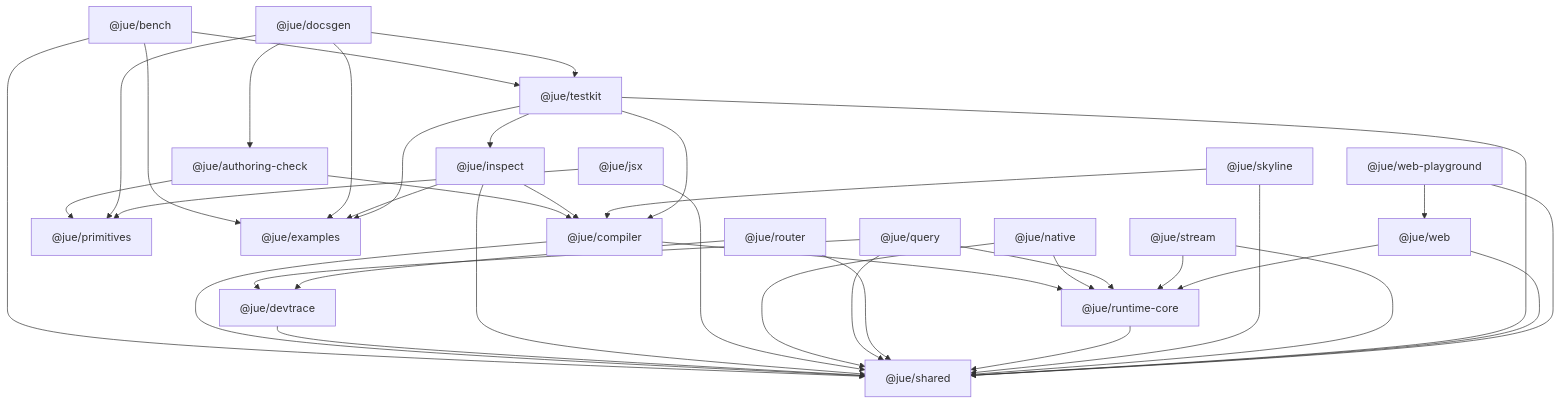
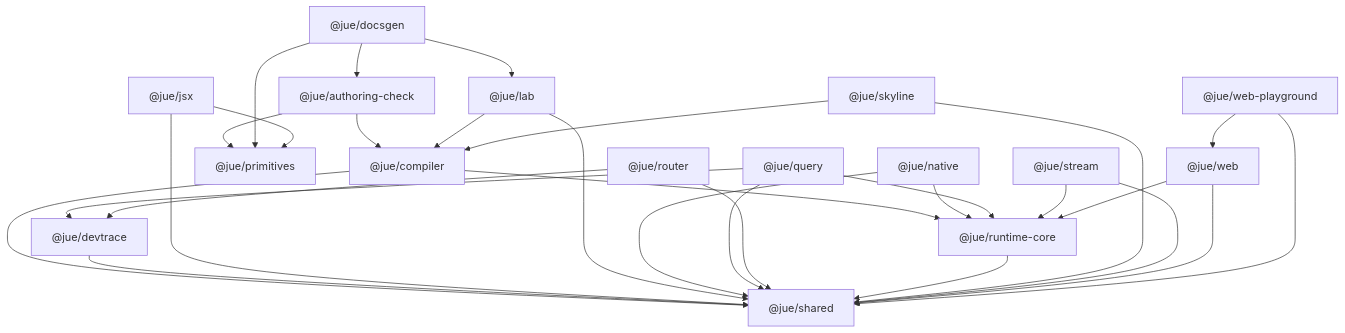
Before and after one commit to nyml2003/jue: the diagram in docs/30-engineering/05-monorepo-dependency-report.md, drawn with Mermaid. The commit also changed other lines of this file and 57 other files, not shown here.

First line of the commit message:
refactor: consolidate tooling into @jue/lab and @jue/docsgen

````diff
--- a/docs/30-engineering/05-monorepo-dependency-report.md
+++ b/docs/30-engineering/05-monorepo-dependency-report.md
@@ -124,40 +109,31 @@
 ```mermaid
 graph TD
   _jue_authoring_check["@jue/authoring-check"] --> _jue_compiler["@jue/compiler"]
   _jue_authoring_check["@jue/authoring-check"] --> _jue_primitives["@jue/primitives"]
-  _jue_bench["@jue/bench"] --> _jue_examples["@jue/examples"]
-  _jue_bench["@jue/bench"] --> _jue_shared["@jue/shared"]
-  _jue_bench["@jue/bench"] --> _jue_testkit["@jue/testkit"]
   _jue_compiler["@jue/compiler"] --> _jue_runtime_core["@jue/runtime-core"]
   _jue_compiler["@jue/compiler"] --> _jue_shared["@jue/shared"]
   _jue_devtrace["@jue/devtrace"] --> _jue_shared["@jue/shared"]
   _jue_docsgen["@jue/docsgen"] --> _jue_authoring_check["@jue/authoring-check"]
-  _jue_docsgen["@jue/docsgen"] --> _jue_examples["@jue/examples"]
+  _jue_docsgen["@jue/docsgen"] --> _jue_lab["@jue/lab"]
   _jue_docsgen["@jue/docsgen"] --> _jue_primitives["@jue/primitives"]
-  _jue_docsgen["@jue/docsgen"] --> _jue_testkit["@jue/testkit"]
-  _jue_inspect["@jue/inspect"] --> _jue_compiler["@jue/compiler"]
-  _jue_inspect["@jue/inspect"] --> _jue_examples["@jue/examples"]
-  _jue_inspect["@jue/inspect"] --> _jue_shared["@jue/shared"]
   _jue_jsx["@jue/jsx"] --> _jue_primitives["@jue/primitives"]
   _jue_jsx["@jue/jsx"] --> _jue_shared["@jue/shared"]
+  _jue_lab["@jue/lab"] --> _jue_compiler["@jue/compiler"]
+  _jue_lab["@jue/lab"] --> _jue_shared["@jue/shared"]
   _jue_native["@jue/native"] --> _jue_runtime_core["@jue/runtime-core"]
   _jue_native["@jue/native"] --> _jue_shared["@jue/shared"]
   _jue_query["@jue/query"] --> _jue_devtrace["@jue/devtrace"]
   _jue_query["@jue/query"] --> _jue_runtime_core["@jue/runtime-core"]
   _jue_query["@jue/query"] --> _jue_shared["@jue/shared"]
   _jue_router["@jue/router"] --> _jue_devtrace["@jue/devtrace"]
   _jue_router["@jue/router"] --> _jue_shared["@jue/shared"]
   _jue_runtime_core["@jue/runtime-core"] --> _jue_shared["@jue/shared"]
   _jue_skyline["@jue/skyline"] --> _jue_compiler["@jue/compiler"]
   _jue_skyline["@jue/skyline"] --> _jue_shared["@jue/shared"]
   _jue_stream["@jue/stream"] --> _jue_runtime_core["@jue/runtime-core"]
   _jue_stream["@jue/stream"] --> _jue_shared["@jue/shared"]
-  _jue_testkit["@jue/testkit"] --> _jue_compiler["@jue/compiler"]
-  _jue_testkit["@jue/testkit"] --> _jue_examples["@jue/examples"]
-  _jue_testkit["@jue/testkit"] --> _jue_inspect["@jue/inspect"]
-  _jue_testkit["@jue/testkit"] --> _jue_shared["@jue/shared"]
   _jue_web["@jue/web"] --> _jue_runtime_core["@jue/runtime-core"]
   _jue_web["@jue/web"] --> _jue_shared["@jue/shared"]
   _jue_web_playground["@jue/web-playground"] --> _jue_shared["@jue/shared"]
   _jue_web_playground["@jue/web-playground"] --> _jue_web["@jue/web"]
 ```
````
